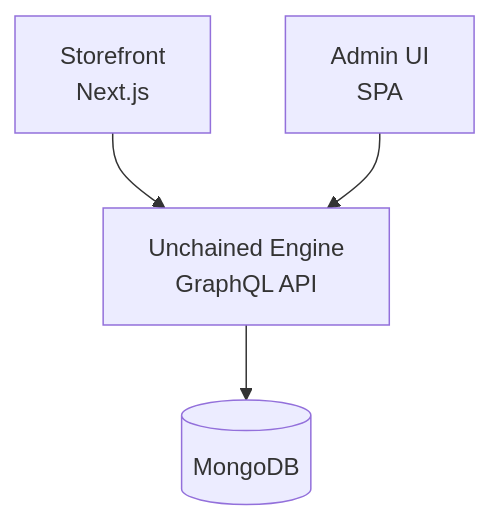
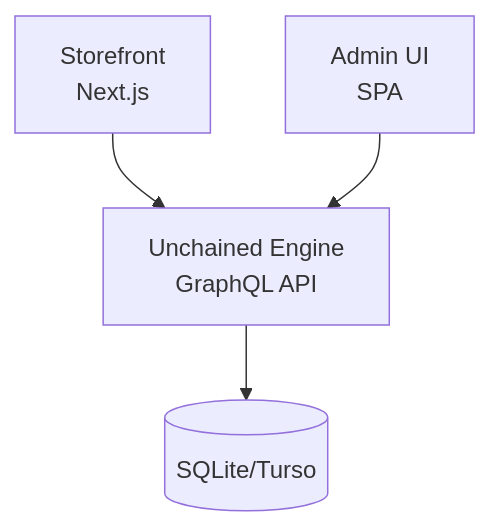
Before and after one commit to unchainedshop/unchained: the diagram in docs/docs/quick-start/index.md, drawn with Mermaid. The commit also changed 37 other files, not shown here.

````diff
--- a/docs/docs/quick-start/index.md
+++ b/docs/docs/quick-start/index.md
@@ -28,6 +28,6 @@
 ```mermaid
 flowchart TD
     S[Storefront<br/>Next.js] --> E[Unchained Engine<br/>GraphQL API]
     A[Admin UI<br/>SPA] --> E
-    E --> M[(MongoDB)]
+    E --> M[(SQLite/Turso)]
 ```
````
